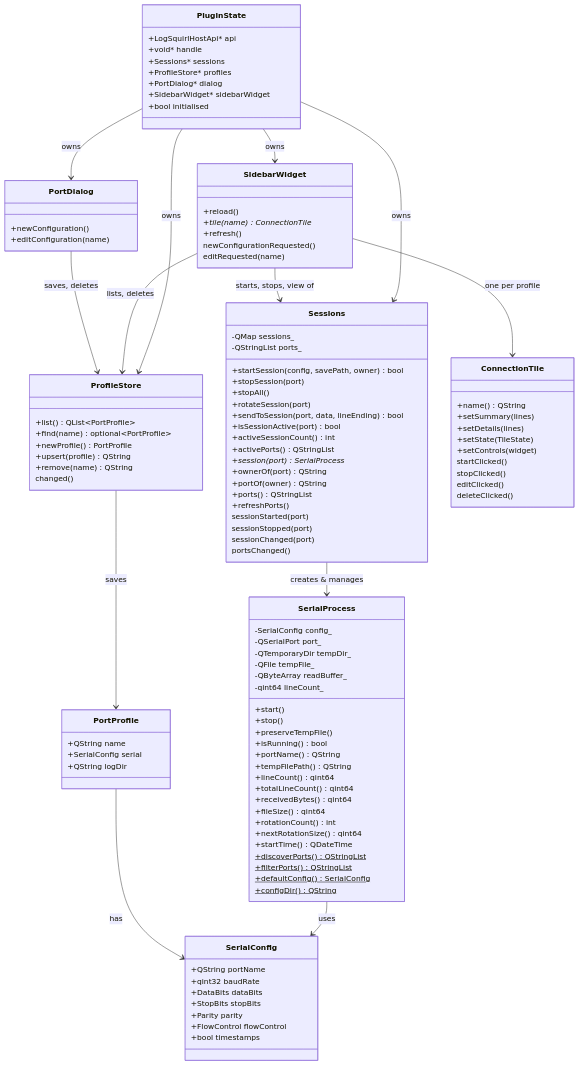
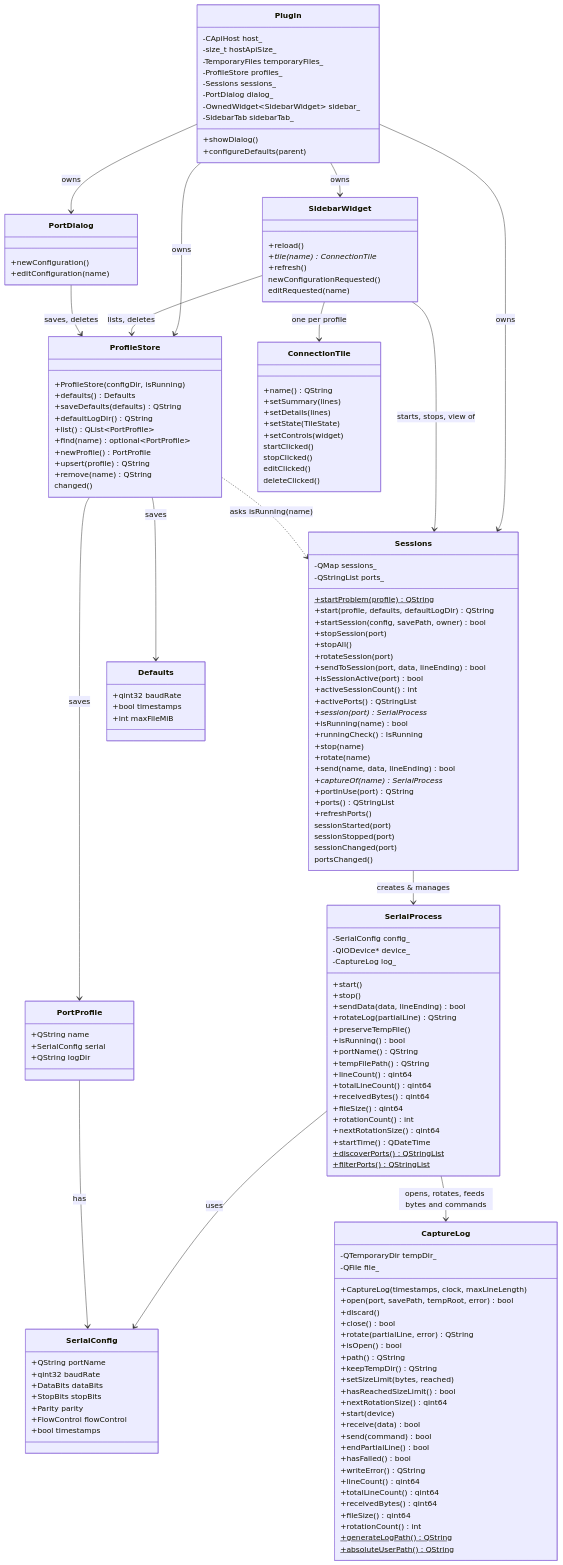
One commit to 64x-lunicorn/LogSquirl-Serial changed the second of 2 diagrams in docs/DEVELOPER_GUIDE.md. Above: the diagram before and after it, drawn with Mermaid. The commit also changed other lines of this file and 33 other files, not shown here.

First line of the commit message:
Deepen the capture modules: Host, one serial.ini owner, Plugin instance, CaptureLog, captures by name (#55–#61) (#68)

````diff
--- a/docs/DEVELOPER_GUIDE.md
+++ b/docs/DEVELOPER_GUIDE.md
@@ -65,13 +65,16 @@
 ```mermaid
 classDiagram
-    class PluginState {
-        +LogSquirlHostApi* api
-        +void* handle
-        +Sessions* sessions
-        +ProfileStore* profiles
-        +PortDialog* dialog
-        +SidebarWidget* sidebarWidget
-        +bool initialised
+    class Plugin {
+        -CApiHost host_
+        -size_t hostApiSize_
+        -TemporaryFiles temporaryFiles_
+        -ProfileStore profiles_
+        -Sessions sessions_
+        -PortDialog dialog_
+        -OwnedWidget~SidebarWidget~ sidebar_
+        -SidebarTab sidebarTab_
+        +showDialog()
+        +configureDefaults(parent)
     }
 
     class SerialConfig {
@@ -86,13 +89,12 @@
 
     class SerialProcess {
         -SerialConfig config_
-        -QSerialPort port_
-        -QTemporaryDir tempDir_
-        -QFile tempFile_
-        -QByteArray readBuffer_
-        -qint64 lineCount_
+        -QIODevice* device_
+        -CaptureLog log_
         +start()
         +stop()
+        +sendData(data, lineEnding) bool
+        +rotateLog(partialLine) QString
         +preserveTempFile()
         +isRunning() bool
         +portName() QString
@@ -106,13 +108,42 @@
         +startTime() QDateTime
         +discoverPorts()$ QStringList
         +filterPorts()$ QStringList
-        +defaultConfig()$ SerialConfig
-        +configDir()$ QString
+    }
+
+    class CaptureLog {
+        -QTemporaryDir tempDir_
+        -QFile file_
+        +CaptureLog(timestamps, clock, maxLineLength)
+        +open(port, savePath, tempRoot, error) bool
+        +discard()
+        +close() bool
+        +rotate(partialLine, error) QString
+        +isOpen() bool
+        +path() QString
+        +keepTempDir() QString
+        +setSizeLimit(bytes, reached)
+        +hasReachedSizeLimit() bool
+        +nextRotationSize() qint64
+        +start(device)
+        +receive(data) bool
+        +send(command) bool
+        +endPartialLine() bool
+        +hasFailed() bool
+        +writeError() QString
+        +lineCount() qint64
+        +totalLineCount() qint64
+        +receivedBytes() qint64
+        +fileSize() qint64
+        +rotationCount() int
+        +generateLogPath()$ QString
+        +absoluteUserPath()$ QString
     }
 
     class Sessions {
         -QMap sessions_
         -QStringList ports_
+        +startProblem(profile)$ QString
+        +start(profile, defaults, defaultLogDir) QString
         +startSession(config, savePath, owner) bool
         +stopSession(port)
         +stopAll()
@@ -122,8 +153,13 @@
         +activeSessionCount() int
         +activePorts() QStringList
         +session(port) SerialProcess*
-        +ownerOf(port) QString
-        +portOf(owner) QString
+        +isRunning(name) bool
+        +runningCheck() IsRunning
+        +stop(name)
+        +rotate(name)
+        +send(name, data, lineEnding) bool
+        +captureOf(name) SerialProcess*
+        +portInUse(port) QString
         +ports() QStringList
         +refreshPorts()
         sessionStarted(port)
@@ -138,7 +174,17 @@
         +QString logDir
     }
 
+    class Defaults {
+        +qint32 baudRate
+        +bool timestamps
+        +int maxFileMiB
+    }
+
     class ProfileStore {
+        +ProfileStore(configDir, isRunning)
+        +defaults() Defaults
+        +saveDefaults(defaults) QString
+        +defaultLogDir() QString
         +list() QList~PortProfile~
         +find(name) optional~PortProfile~
         +newProfile() PortProfile
@@ -173,15 +219,18 @@
     }
 
     Sessions --> SerialProcess : creates & manages
+    ProfileStore ..> Sessions : asks isRunning(name)
     ProfileStore --> PortProfile : saves
+    ProfileStore --> Defaults : saves
     PortProfile --> SerialConfig : has
     PortDialog --> ProfileStore : saves, deletes
     SidebarWidget --> ProfileStore : lists, deletes
     SidebarWidget --> ConnectionTile : one per profile
     SidebarWidget --> Sessions : starts, stops, view of
     SerialProcess --> SerialConfig : uses
-    PluginState --> Sessions : owns
-    PluginState --> ProfileStore : owns
-    PluginState --> PortDialog : owns
-    PluginState --> SidebarWidget : owns
+    SerialProcess --> CaptureLog : opens, rotates, feeds bytes and commands
+    Plugin --> Sessions : owns
+    Plugin --> ProfileStore : owns
+    Plugin --> PortDialog : owns
+    Plugin --> SidebarWidget : owns
 ```
````
